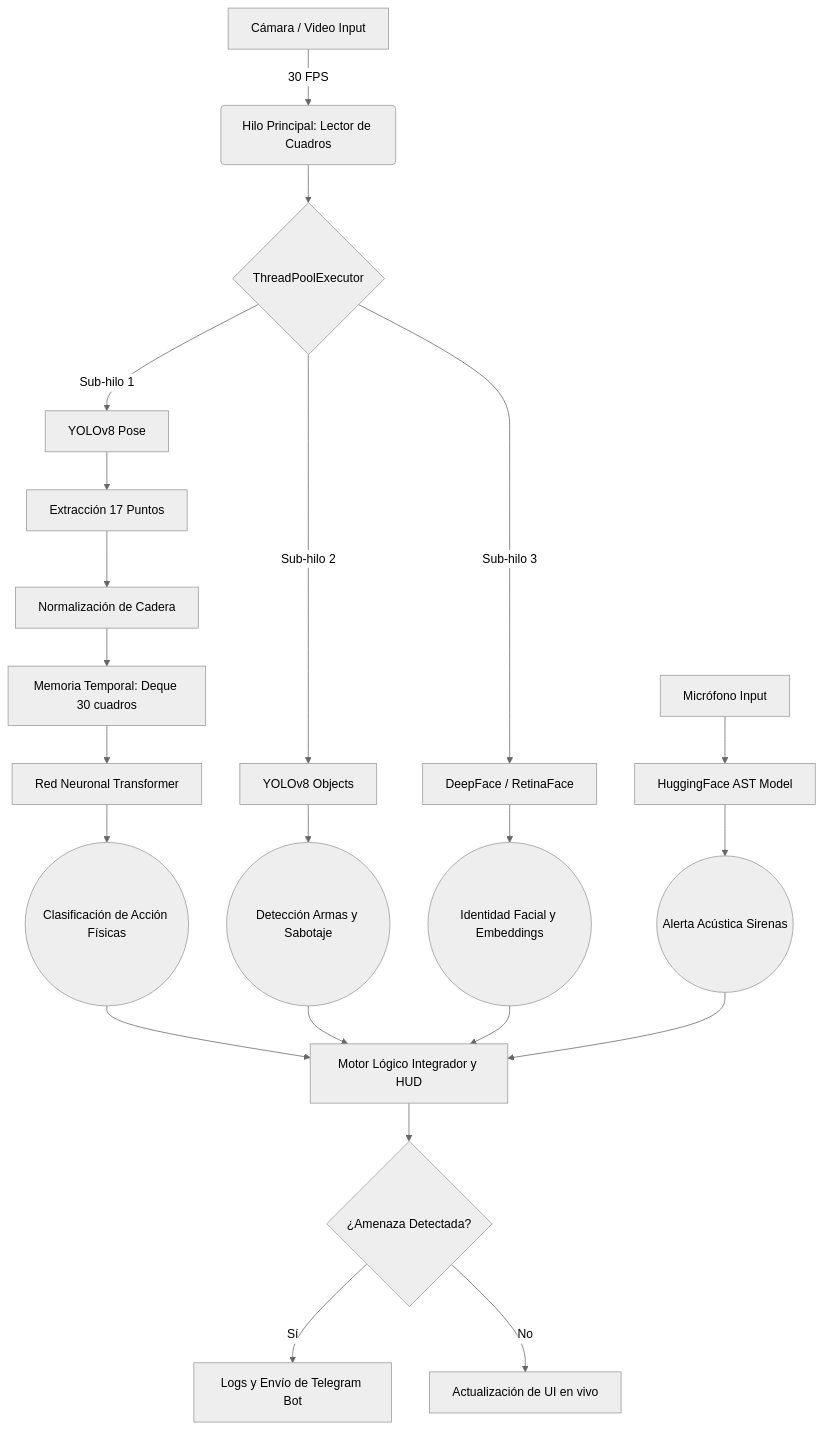
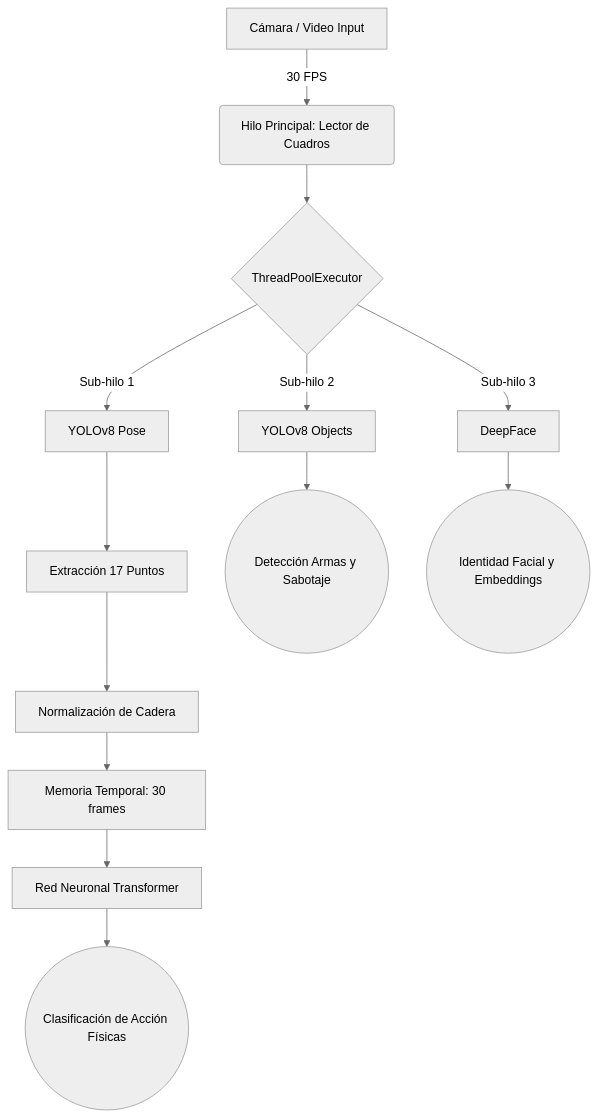
One commit to Sant-Os/visonia changed the diagram in README.md. Above: the diagram before and after it, drawn with Mermaid (neutral theme). The commit also changed other lines of this file, not shown here.

````diff
--- a/README.md
+++ b/README.md
@@ -18,30 +52,18 @@
 ```mermaid
 graph TD
     A[Cámara / Video Input] -->|30 FPS| B(Hilo Principal: Lector de Cuadros)
     B --> C{ThreadPoolExecutor}
     
     C -->|Sub-hilo 1| D[YOLOv8 Pose]
     D --> E[Extracción 17 Puntos]
     E --> F[Normalización de Cadera]
-    F --> G[Memoria Temporal: Deque 30 cuadros]
+    F --> G[Memoria Temporal: 30 frames]
     G --> H[Red Neuronal Transformer]
     H --> I((Clasificación de Acción Físicas))
     
     C -->|Sub-hilo 2| J[YOLOv8 Objects]
     J --> K((Detección Armas y Sabotaje))
     
-    C -->|Sub-hilo 3| L[DeepFace / RetinaFace]
+    C -->|Sub-hilo 3| L[DeepFace]
     L --> M((Identidad Facial y Embeddings))
-    
-    N[Micrófono Input] --> O[HuggingFace AST Model]
-    O --> P((Alerta Acústica Sirenas))
-    
-    I --> Q[Motor Lógico Integrador y HUD]
-    K --> Q
-    M --> Q
-    P --> Q
-    
-    Q --> R{¿Amenaza Detectada?}
-    R -->|Sí| S[Logs y Envío de Telegram Bot]
-    R -->|No| T[Actualización de UI en vivo]
 ```
````
